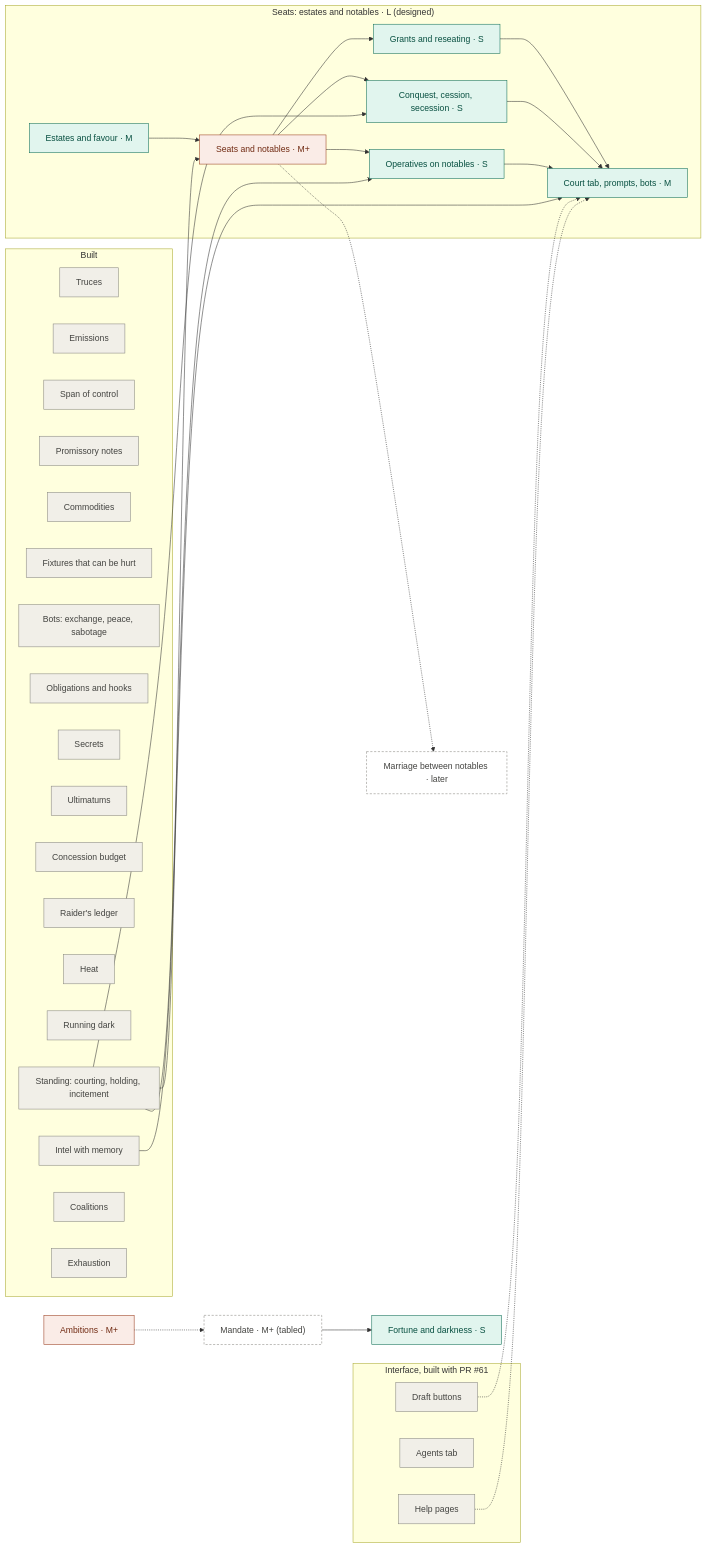
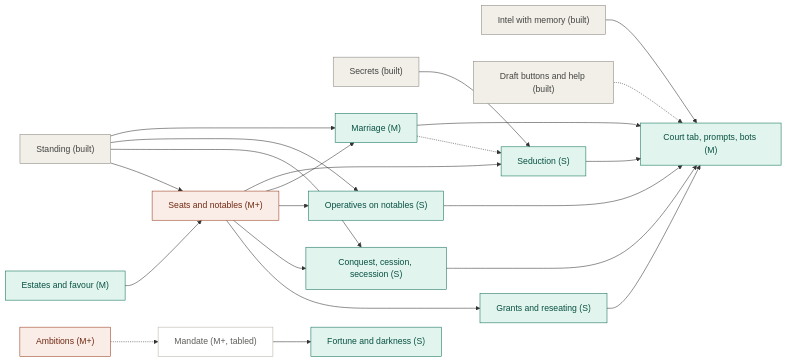
One commit to 1adityashetty1/paxgalactica changed the diagram in docs/brainstorm-2026-10-02.md. Above: the diagram before and after it, drawn with Mermaid. The commit also changed other lines of this file and 1 other file, not shown here.

Commit message:
Design: marriage between notables and seduction; build graph simplified to what renders and reads
Marriage is a treaty type naming one notable of each party: a peace, a grant
to the estate, and a pull on both worlds toward the in-laws. Seduction is the
same bond covertly, and its proof voids a rival's marriage.

````diff
--- a/docs/brainstorm-2026-10-02.md
+++ b/docs/brainstorm-2026-10-02.md
@@ -697,60 +698,52 @@
 ```mermaid
 flowchart LR
   classDef light fill:#E1F5EE,stroke:#0F6E56,color:#085041
   classDef heavy fill:#FAECE7,stroke:#993C1D,color:#712B13
   classDef done fill:#F1EFE8,stroke:#888780,color:#444441
-  classDef parked fill:#FFFFFF,stroke:#888780,stroke-dasharray:4 3,color:#444441
+  classDef later fill:#FFFFFF,stroke:#B4B2A9,color:#5F5E5A
 
-  subgraph built["Built"]
-    truces["Truces"]:::done
-    emissions["Emissions"]:::done
-    span["Span of control"]:::done
-    notes["Promissory notes"]:::done
-    commodities["Commodities"]:::done
-    fixtures["Fixtures that can be hurt"]:::done
-    accords["Bots: exchange, peace, sabotage"]:::done
-    obligations["Obligations and hooks"]:::done
-    secrets["Secrets"]:::done
-    ultimatums["Ultimatums"]:::done
-    concession["Concession budget"]:::done
-    ledger["Raider's ledger"]:::done
-    heat["Heat"]:::done
-    dark["Running dark"]:::done
-    intel["Intel with memory"]:::done
-    courting["Standing: courting, holding, incitement"]:::done
-    coalitions["Coalitions"]:::done
-    exhaustion["Exhaustion"]:::done
-  end
+  standing["Standing (built)"]
+  intel["Intel with memory (built)"]
+  secrets["Secrets (built)"]
+  ui["Draft buttons and help (built)"]
 
-  subgraph interface["Interface, built with PR #61"]
-    help["Help pages"]:::done
-    agentsTab["Agents tab"]:::done
-    drafts["Draft buttons"]:::done
-  end
+  estates["Estates and favour (M)"]
+  seats["Seats and notables (M+)"]
+  grants["Grants and reseating (S)"]
+  hands["Conquest, cession, secession (S)"]
+  notableOps["Operatives on notables (S)"]
+  marriage["Marriage (M)"]
+  seduction["Seduction (S)"]
+  court["Court tab, prompts, bots (M)"]
 
-  subgraph seatsPlan["Seats: estates and notables · L (designed)"]
-    estates["Estates and favour · M"]:::light
-    seatsCore["Seats and notables · M+"]:::heavy
-    grants["Grants and reseating · S"]:::light
-    hands["Conquest, cession, secession · S"]:::light
-    notableOps["Operatives on notables · S"]:::light
-    court["Court tab, prompts, bots · M"]:::light
-  end
+  ambitions["Ambitions (M+)"]
+  mandate["Mandate (M+, tabled)"]
+  fortune["Fortune and darkness (S)"]
 
-  estates --> seatsCore
-  seatsCore --> grants
-  seatsCore --> hands
-  seatsCore --> notableOps
+  estates --> seats
+  standing --> seats
+  seats --> grants
+  seats --> hands
+  seats --> notableOps
+  standing --> hands
+  standing --> notableOps
   grants --> court
   hands --> court
   notableOps --> court
-  courting --> seatsCore
-  courting --> hands
-  courting --> notableOps
+  seats --> marriage
+  standing --> marriage
+  seats --> seduction
+  secrets --> seduction
+  marriage -.-> seduction
+  marriage --> court
+  seduction --> court
   intel --> court
-  drafts -.-> court
-  help -.-> court
-  seatsCore -.-> marriage["Marriage between notables · later"]:::parked
+  ui -.-> court
+  ambitions -.-> mandate
+  mandate --> fortune
 
-  ambitions["Ambitions · M+"]:::heavy -.-> mandate["Mandate · M+ (tabled)"]:::parked --> fortune["Fortune and darkness · S"]:::light
+  class standing,intel,secrets,ui done
+  class estates,grants,hands,notableOps,marriage,seduction,court,fortune light
+  class seats,ambitions heavy
+  class mandate later
 ```
````
